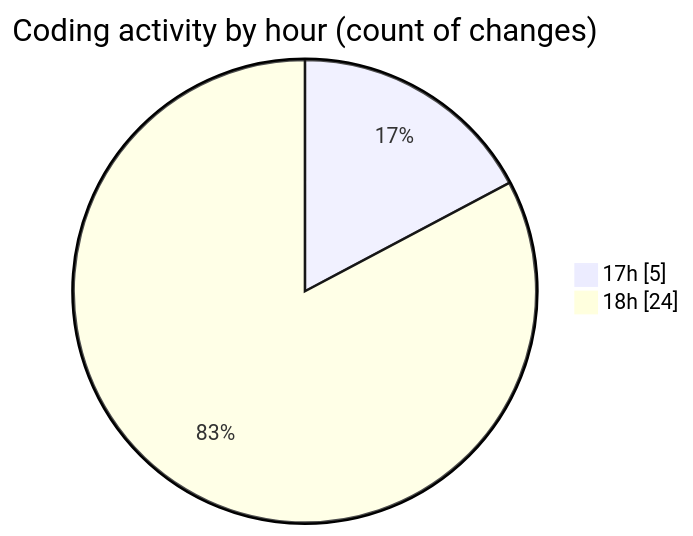
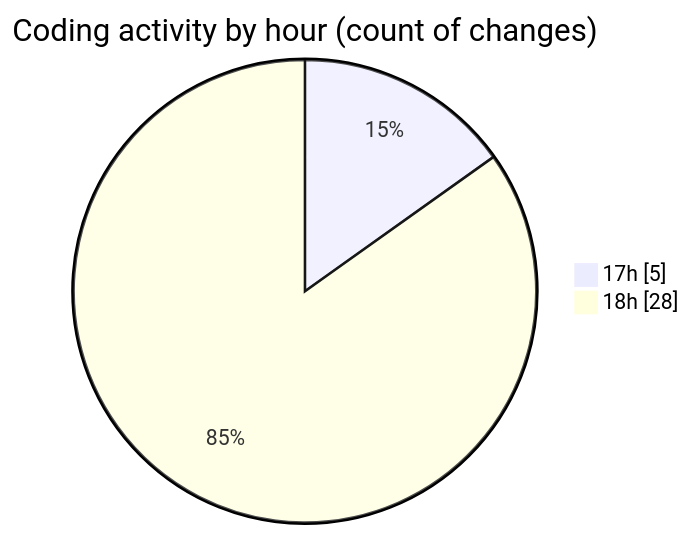
One commit to donsfak/code-tracking changed the second of 2 diagrams in 2025-01-01/uber_clone/README.md. Above: the diagram before and after it, drawn with Mermaid. The commit also changed other lines of this file and 1 other file, not shown here.

````diff
--- a/2025-01-01/uber_clone/README.md
+++ b/2025-01-01/uber_clone/README.md
@@ -36,6 +37,6 @@
 ```mermaid
 pie showData
 title Coding activity by hour (count of changes)
 "17h" : 5
-"18h" : 24
+"18h" : 28
 ```
````
